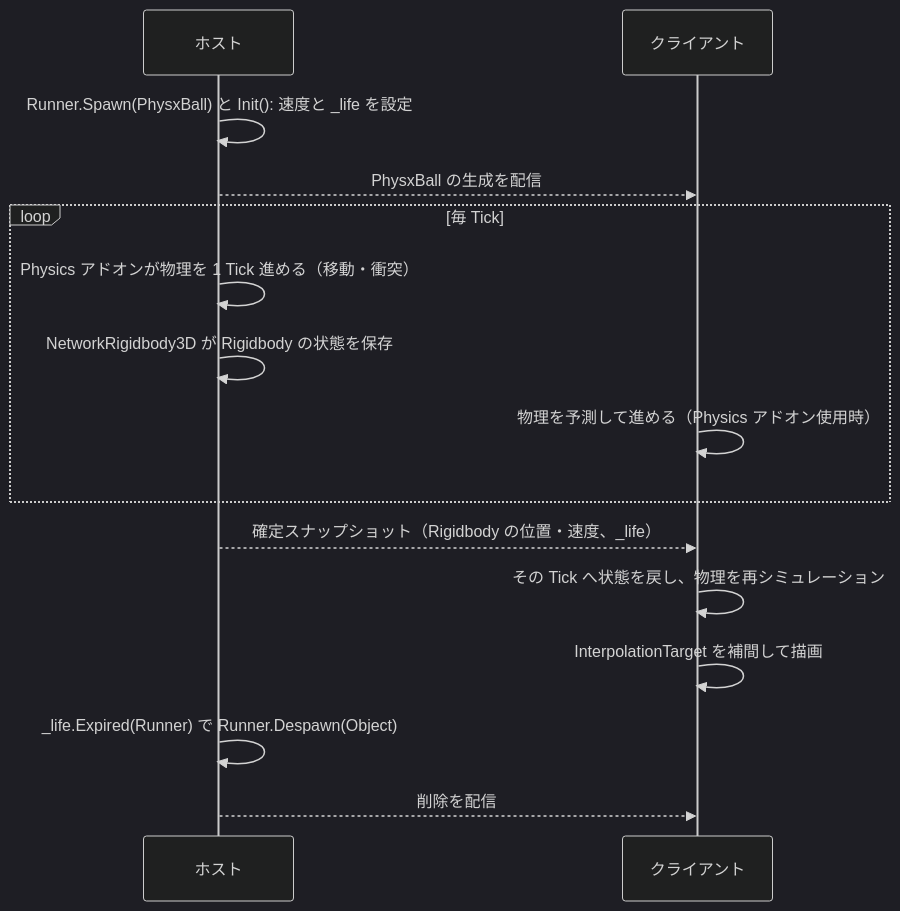
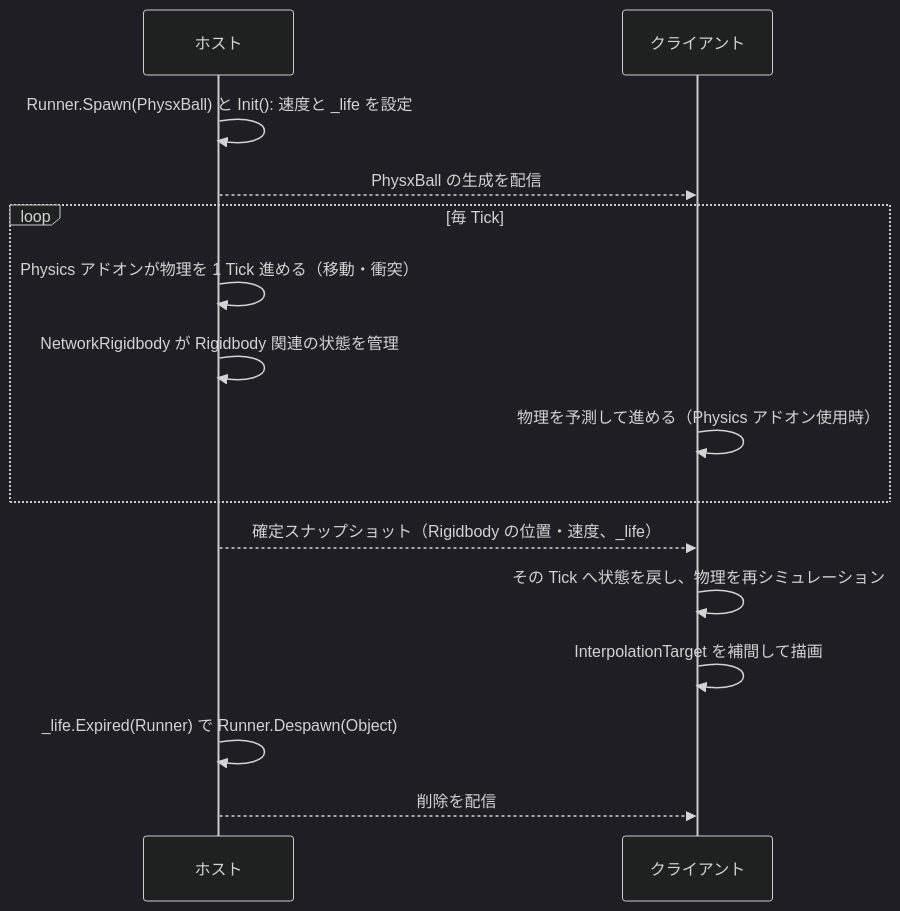
Before and after one commit to jshimura-DAS/Trial2026_fusion-host-basics-2.1.1: the third of 3 diagrams in Docs/ホストモードにおける入力共有と予測（続）Ball・物理・NetworkInputData.md, drawn with Mermaid (dark theme). The commit also changed other lines of this file, not shown here.

````diff
--- a/Docs/ホストモードにおける入力共有と予測（続）Ball・物理・NetworkInputData.md
+++ b/Docs/ホストモードにおける入力共有と予測（続）Ball・物理・NetworkInputData.md
@@ -220,21 +220,21 @@
 ```mermaid
 sequenceDiagram
 	participant H as ホスト
 	participant C as クライアント
 
 	H->>H: Runner.Spawn(PhysxBall) と Init(): 速度と _life を設定
 	H-->>C: PhysxBall の生成を配信
 
 	loop 毎 Tick
 		H->>H: Physics アドオンが物理を 1 Tick 進める（移動・衝突）
-		H->>H: NetworkRigidbody3D が Rigidbody の状態を保存
+		H->>H: NetworkRigidbody が Rigidbody 関連の状態を管理
 		C->>C: 物理を予測して進める（Physics アドオン使用時）
 	end
 
 	H-->>C: 確定スナップショット（Rigidbody の位置・速度、_life）
 	C->>C: その Tick へ状態を戻し、物理を再シミュレーション
 	C->>C: InterpolationTarget を補間して描画
 
 	H->>H: _life.Expired(Runner) で Runner.Despawn(Object)
 	H-->>C: 削除を配信
 ```
````
